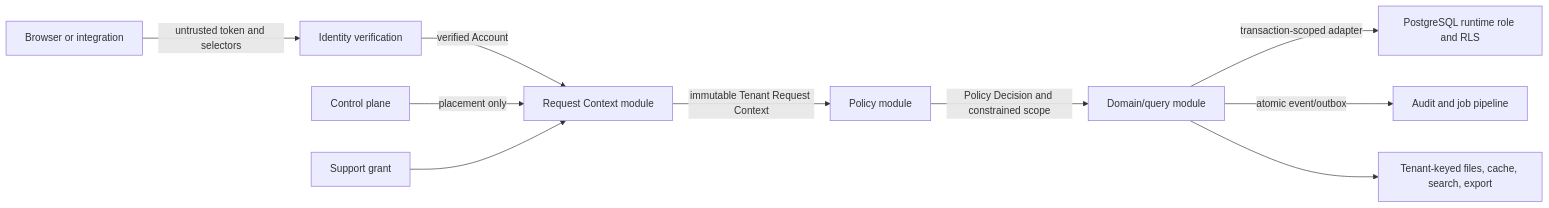
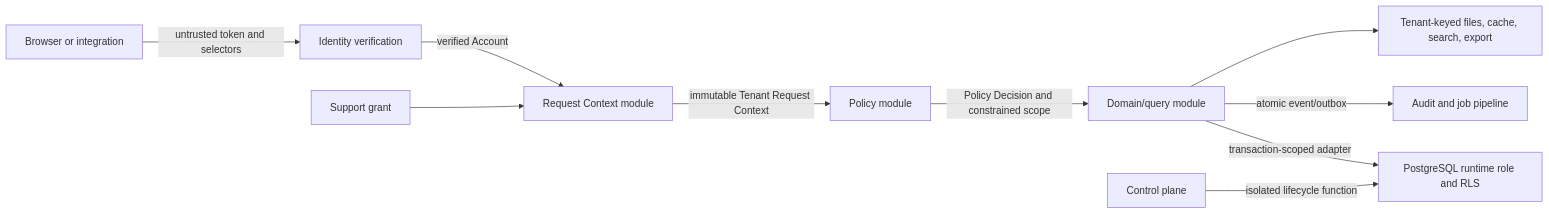
One commit to joshua-sx/openschool-v2 changed the diagram in docs/security/THREAT_MODEL.md. Above: the diagram before and after it, drawn with Mermaid. The commit also changed other lines of this file and 45 other files, not shown here.

````diff
--- a/docs/security/THREAT_MODEL.md
+++ b/docs/security/THREAT_MODEL.md
@@ -46,12 +46,12 @@
 ```mermaid
 flowchart LR
   B["Browser or integration"] -->|"untrusted token and selectors"| I["Identity verification"]
   I -->|"verified Account"| C["Request Context module"]
   C -->|"immutable Tenant Request Context"| P["Policy module"]
   P -->|"Policy Decision and constrained scope"| Q["Domain/query module"]
   Q -->|"transaction-scoped adapter"| D["PostgreSQL runtime role and RLS"]
   Q -->|"atomic event/outbox"| A["Audit and job pipeline"]
   Q --> F["Tenant-keyed files, cache, search, export"]
-  O["Control plane"] -->|"placement only"| C
+  O["Control plane"] -->|"isolated lifecycle function"| D
   S["Support grant"] --> C
 ```
````
